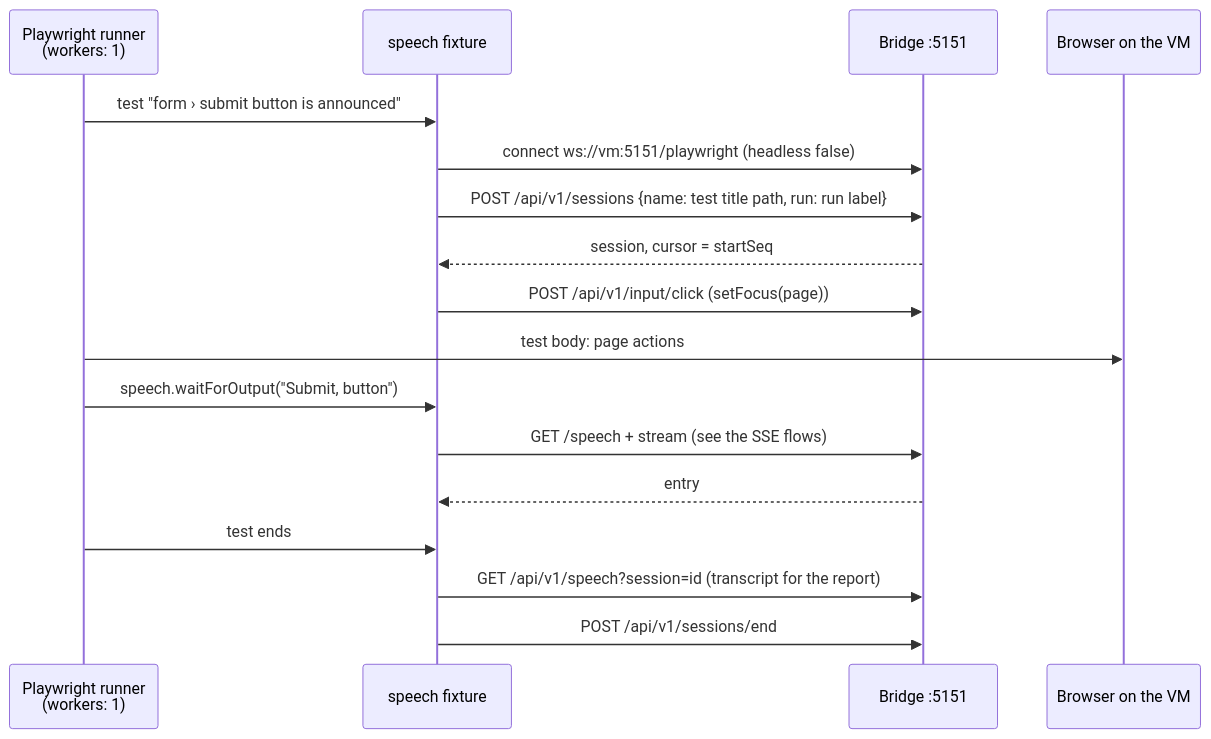
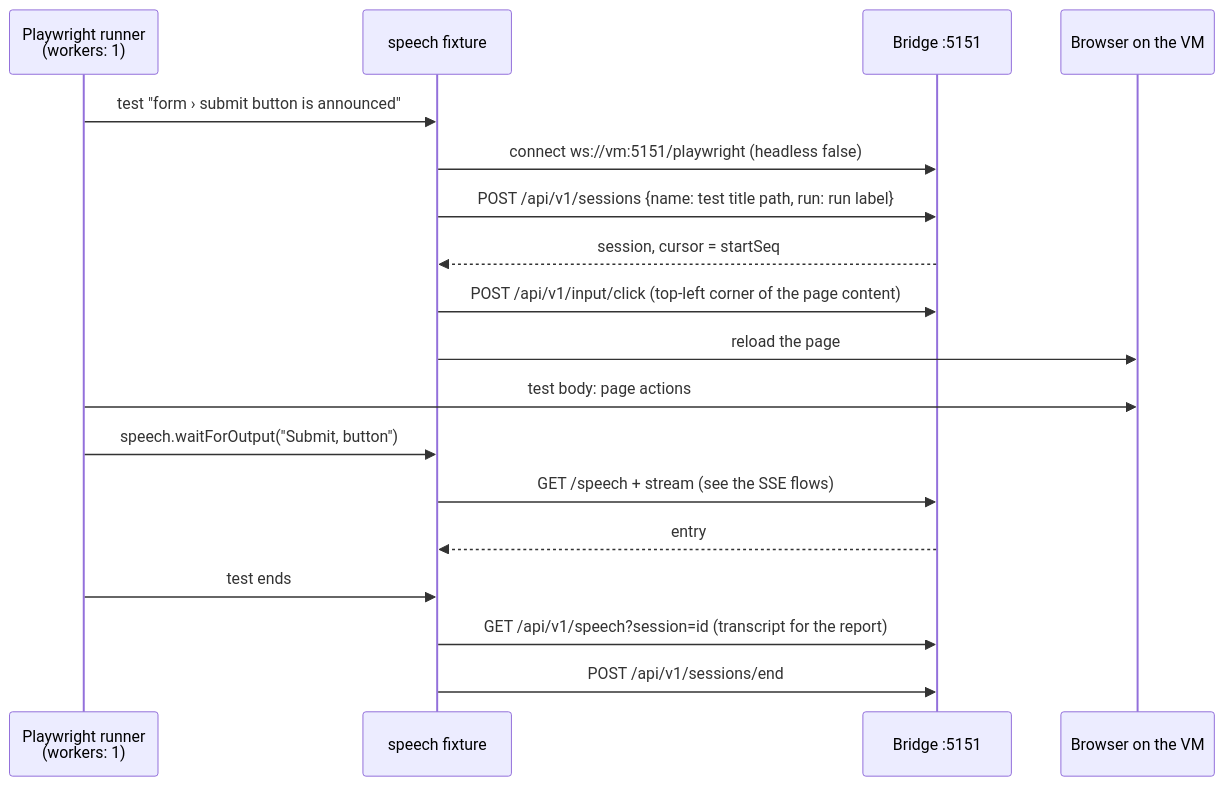
Before and after one commit to TimoSto/screenreader-speech-capture: the second of 5 diagrams in docs/usage/flows/playwright-mcp.md, drawn with Mermaid. The commit also changed other lines of this file and 29 other files, not shown here.

````diff
--- a/docs/usage/flows/playwright-mcp.md
+++ b/docs/usage/flows/playwright-mcp.md
@@ -47,20 +45,21 @@
 ```mermaid
 sequenceDiagram
     participant R as Playwright runner<br/>(workers: 1)
     participant F as speech fixture
     participant B as Bridge :5151
     participant Br as Browser on the VM
 
     R->>F: test "form › submit button is announced"
     F->>B: connect ws://vm:5151/playwright (headless false)
     F->>B: POST /api/v1/sessions {name: test title path, run: run label}
     B-->>F: session, cursor = startSeq
-    F->>B: POST /api/v1/input/click (setFocus(page))
+    F->>B: POST /api/v1/input/click (top-left corner of the page content)
+    F->>Br: reload the page
     R->>Br: test body: page actions
     R->>F: speech.waitForOutput("Submit, button")
     F->>B: GET /speech + stream (see the SSE flows)
     B-->>F: entry
     R->>F: test ends
     F->>B: GET /api/v1/speech?session=id (transcript for the report)
     F->>B: POST /api/v1/sessions/end
 ```
````
